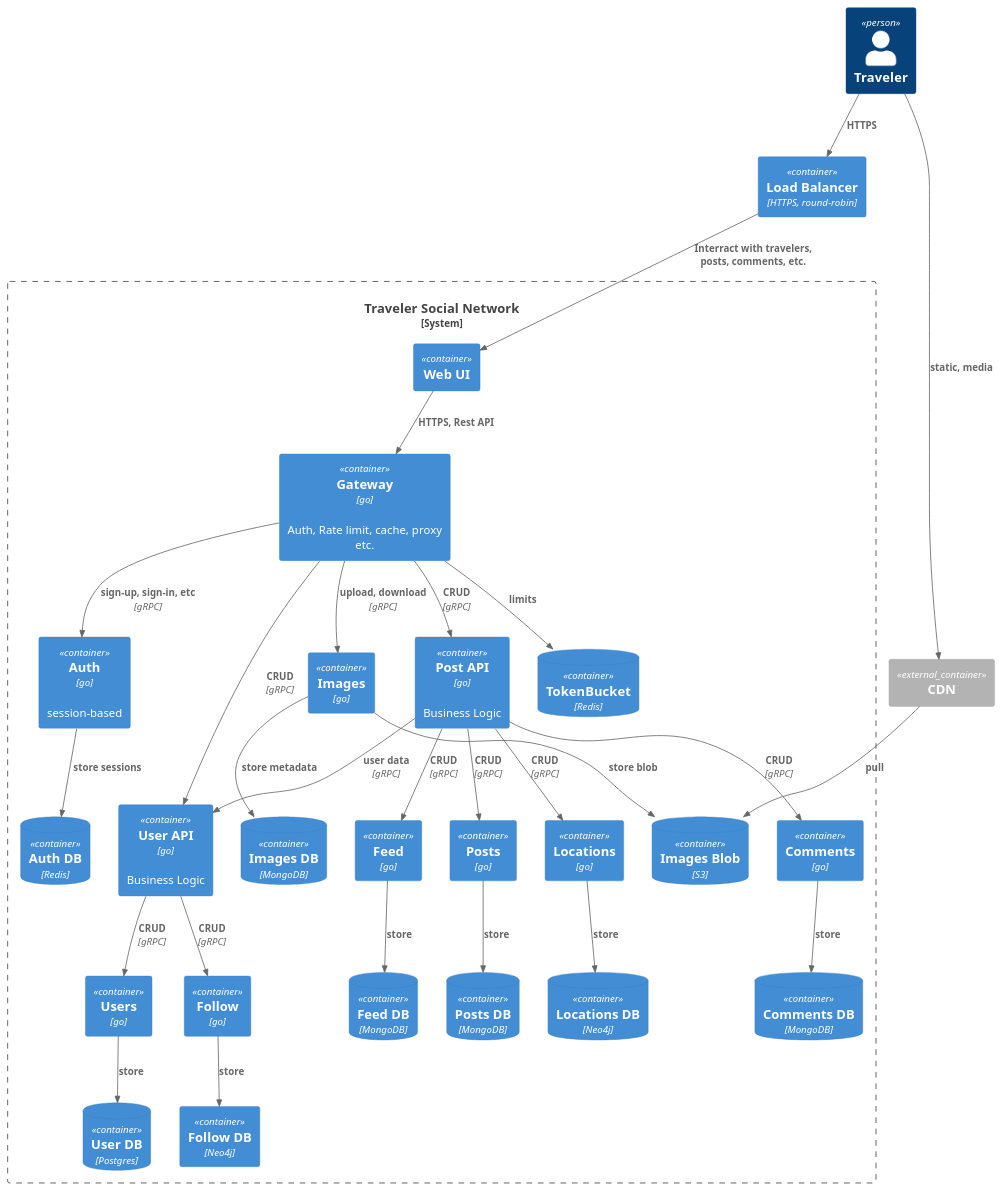
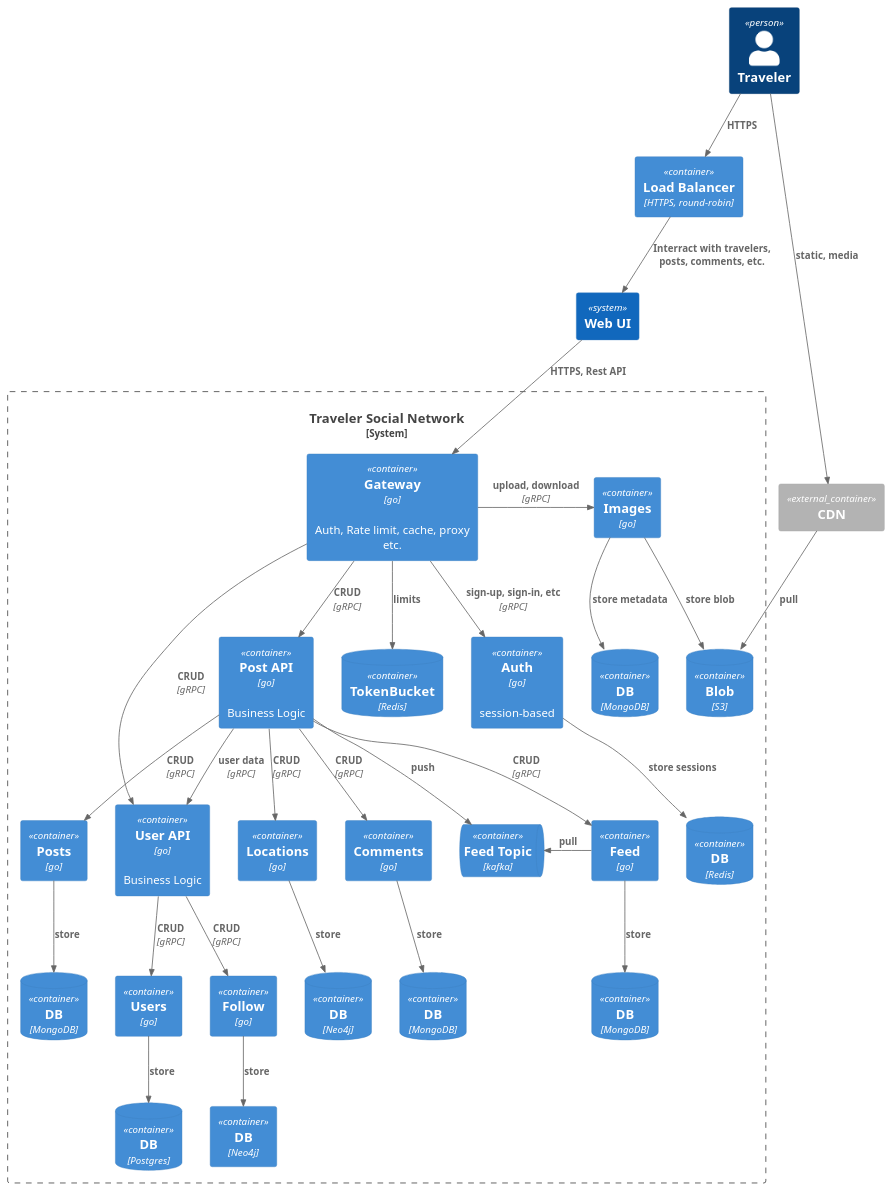
Before and after one commit to kirillismad/social_network_system_design: the diagram in container.puml, drawn with PlantUML. The commit also changed 2 other files, not shown here.

```diff
--- a/container.puml
+++ b/container.puml
@@ -1,60 +1,64 @@
 @startuml container
 !include https://raw.githubusercontent.com/plantuml-stdlib/C4-PlantUML/master/C4_Container.puml
 
 Person(user, "Traveler")
 Container(lb, "Load Balancer", "HTTPS, round-robin")
 
+System(webapp, "Web UI")
+
 System_Boundary(system, "Traveler Social Network") {
-    Container(webapp, "Web UI")
     Container(gateway, "Gateway", "go", "Auth, Rate limit, cache, proxy etc.")
     ContainerDb(gateway_db, "TokenBucket", "Redis")
     Container(auth, "Auth", "go", "session-based")
-    ContainerDb(auth_db, "Auth DB", "Redis")
-    ContainerDb(users_db, "User DB", "Postgres")
+    ContainerDb(auth_db, "DB", "Redis")
+    ContainerDb(users_db, "DB", "Postgres")
     Container(images, "Images", "go")
-    ContainerDb(images_db, "Images DB", "MongoDB")
-    ContainerDb(images_blob, "Images Blob", "S3")
+    ContainerDb(images_db, "DB", "MongoDB")
+    ContainerDb(images_blob, "Blob", "S3")
     Container(posts, "Posts", "go")
-    ContainerDb(posts_db, "Posts DB", "MongoDB")
+    ContainerDb(posts_db, "DB", "MongoDB")
     Container(locations, "Locations", "go")
-    ContainerDb(locations_db, "Locations DB", "Neo4j")
+    ContainerDb(locations_db, "DB", "Neo4j")
     Container(posts_api, "Post API", "go", "Business Logic")
     Container(comments, "Comments", "go")
-    ContainerDb(comments_db, "Comments DB", "MongoDB")
+    ContainerDb(comments_db, "DB", "MongoDB")
     Container(follow, "Follow", "go")
-    Container(follow_db, "Follow DB", "Neo4j")
+    Container(follow_db, "DB", "Neo4j")
     Container(feed, "Feed", "go")
-    ContainerDb(feed_db, "Feed DB", "MongoDB")
+    ContainerQueue(feed_t, "Feed Topic", "kafka")
+    ContainerDb(feed_db, "DB", "MongoDB")
     Container(user_api, "User API", "go", "Business Logic")
     Container(users, "Users", "go")
 }
 Container_Ext(cdn, "CDN")
 
 Rel(user, lb, "HTTPS")
 Rel(user, cdn, "static, media")
 Rel(lb, webapp, "Interract with travelers, posts, comments, etc.")
 Rel(webapp, gateway, "HTTPS, Rest API")
 Rel(gateway, auth, "sign-up, sign-in, etc", "gRPC")
-Rel(gateway, images, "upload, download", "gRPC")
+Rel_R(gateway, images, "upload, download", "gRPC")
 Rel(gateway, gateway_db, "limits")
 Rel(gateway, posts_api, "CRUD", "gRPC")
 Rel(gateway, user_api, "CRUD", "gRPC")
 Rel(auth, auth_db, "store sessions")
 Rel(images, images_db, "store metadata")
 Rel(images, images_blob, "store blob")
 Rel(cdn, images_blob, "pull")
 Rel(posts_api, posts, "CRUD", "gRPC")
 Rel(posts_api, locations, "CRUD", "gRPC")
 Rel(posts_api, comments, "CRUD", "gRPC")
 Rel(posts_api, user_api, "user data", "gRPC")
 Rel(posts_api, feed, "CRUD", "gRPC")
+Rel(posts_api, feed_t, "push")
 Rel(posts, posts_db, "store")
 Rel(locations, locations_db, "store")
 Rel(comments, comments_db, "store")
 Rel(follow, follow_db, "store")
 Rel(user_api, follow, "CRUD", "gRPC")
 Rel(user_api, users, "CRUD", "gRPC")
 Rel(users, users_db, "store")
 Rel(feed, feed_db, "store")
+Rel_L(feed, feed_t, "pull")
 
 @enduml
```
